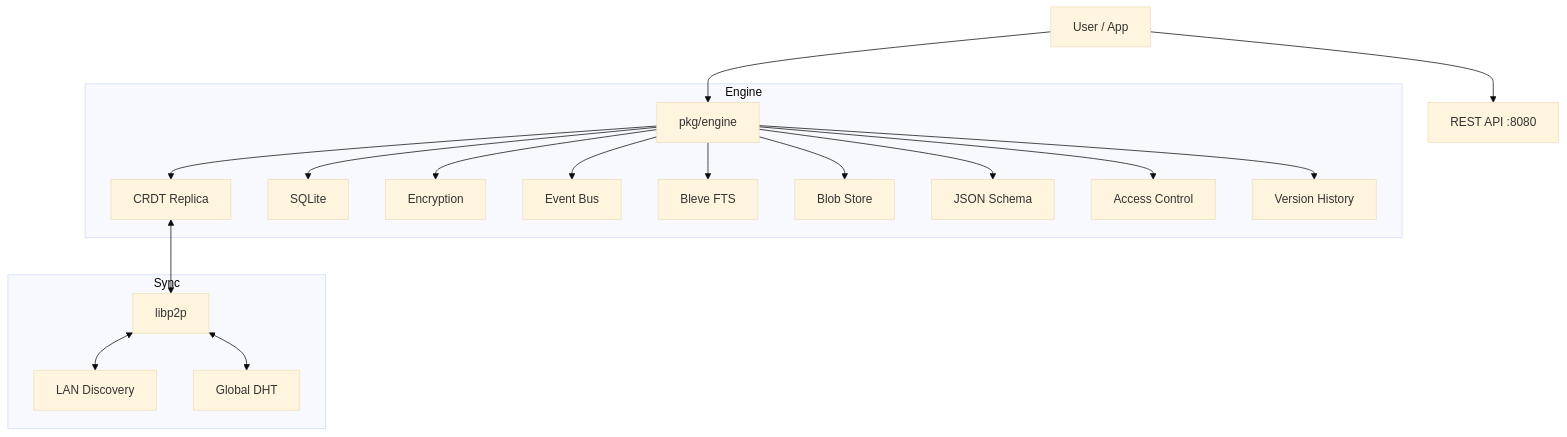
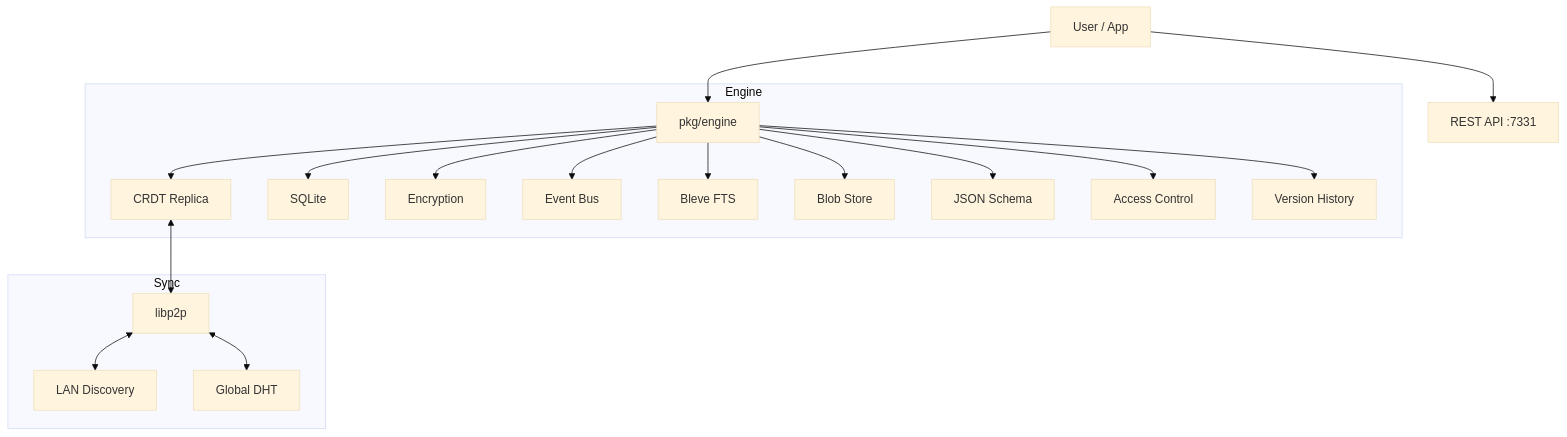
The diagram in README.md (amaydixit11/acorde), drawn with Mermaid (base theme) before and after one commit. The commit also changed other lines of this file and 8 other files, not shown here.

````diff
--- a/README.md
+++ b/README.md
@@ -236,23 +236,23 @@
 ```mermaid
 graph TD
     User[User / App] --> API[pkg/engine]
-    User --> REST[REST API :8080]
+    User --> REST[REST API :7331]
     
     subgraph Engine
         API --> CRDT[CRDT Replica]
         API --> Store[SQLite]
         API --> Crypto[Encryption]
         API --> Events[Event Bus]
         API --> Search[Bleve FTS]
         API --> Blobs[Blob Store]
         API --> Schema[JSON Schema]
         API --> ACL[Access Control]
         API --> Version[Version History]
     end
     
     subgraph Sync
         CRDT <--> P2P[libp2p]
         P2P <--> mDNS[LAN Discovery]
         P2P <--> DHT[Global DHT]
     end
 ```
````
